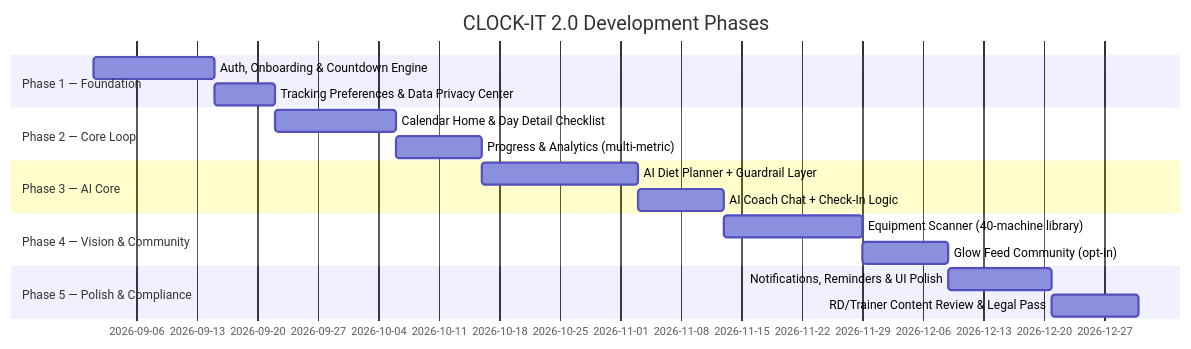
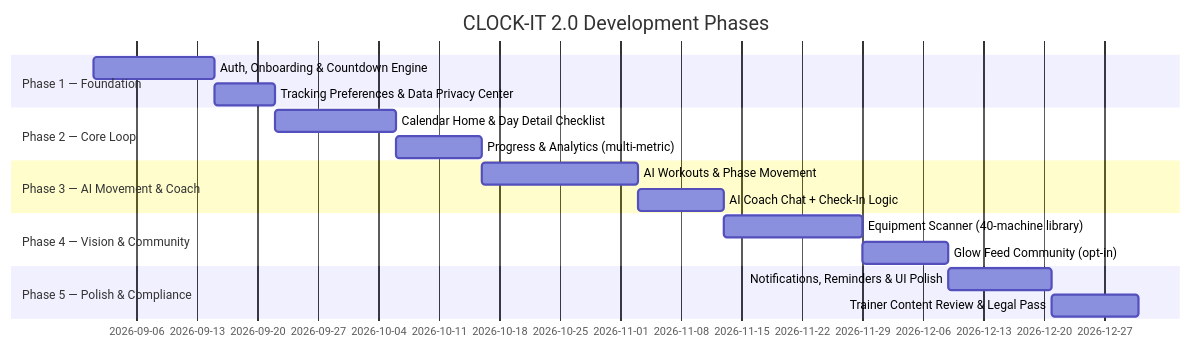
The third of 3 diagrams in CLOCK-IT-VISION-2.0.md (ankita-thakur-28/Clock-IT), drawn with Mermaid before and after one commit. The commit also changed other lines of this file and 19 other files, not shown here.

Commit message:
feat(auth): harden multi-tenant authorization, add 2-step OTP password reset, and refine non-diet roadmap

````diff
--- a/CLOCK-IT-VISION-2.0.md
+++ b/CLOCK-IT-VISION-2.0.md
@@ -230,20 +214,20 @@
 ```mermaid
 gantt
     title CLOCK-IT 2.0 Development Phases
     dateFormat  YYYY-MM-DD
     section Phase 1 — Foundation
     Auth, Onboarding & Countdown Engine        :p1, 2026-09-01, 14d
     Tracking Preferences & Data Privacy Center :p1b, after p1, 7d
     section Phase 2 — Core Loop
     Calendar Home & Day Detail Checklist       :p2, after p1b, 14d
     Progress & Analytics (multi-metric)        :p3, after p2, 10d
-    section Phase 3 — AI Core
-    AI Diet Planner + Guardrail Layer          :p4, after p3, 18d
+    section Phase 3 — AI Movement & Coach
+    AI Workouts & Phase Movement               :p4, after p3, 18d
     AI Coach Chat + Check-In Logic             :p4b, after p4, 10d
     section Phase 4 — Vision & Community
     Equipment Scanner (40-machine library)     :p5, after p4b, 16d
     Glow Feed Community (opt-in)               :p5b, after p5, 10d
     section Phase 5 — Polish & Compliance
     Notifications, Reminders & UI Polish       :p6, after p5b, 12d
-    RD/Trainer Content Review & Legal Pass     :p6b, after p6, 10d
+    Trainer Content Review & Legal Pass        :p6b, after p6, 10d
 ```
````
